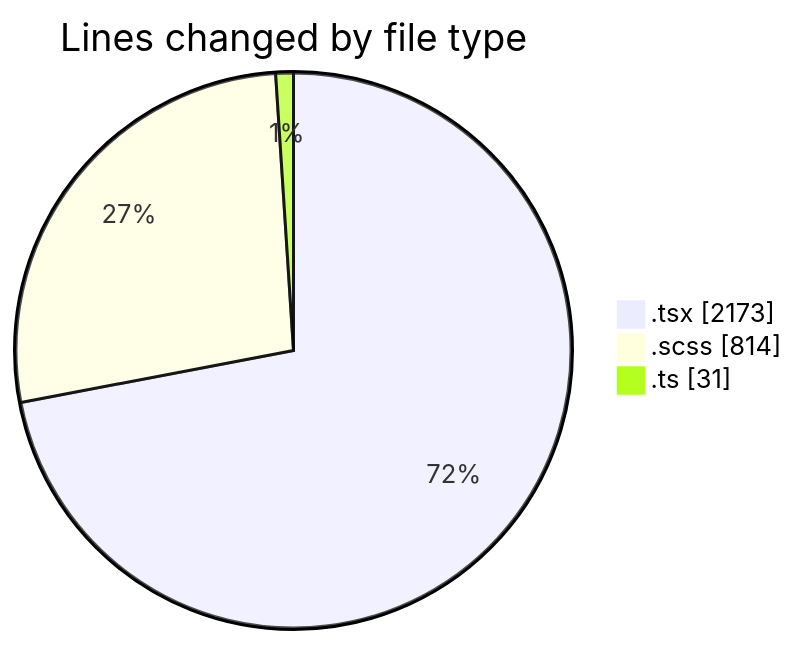
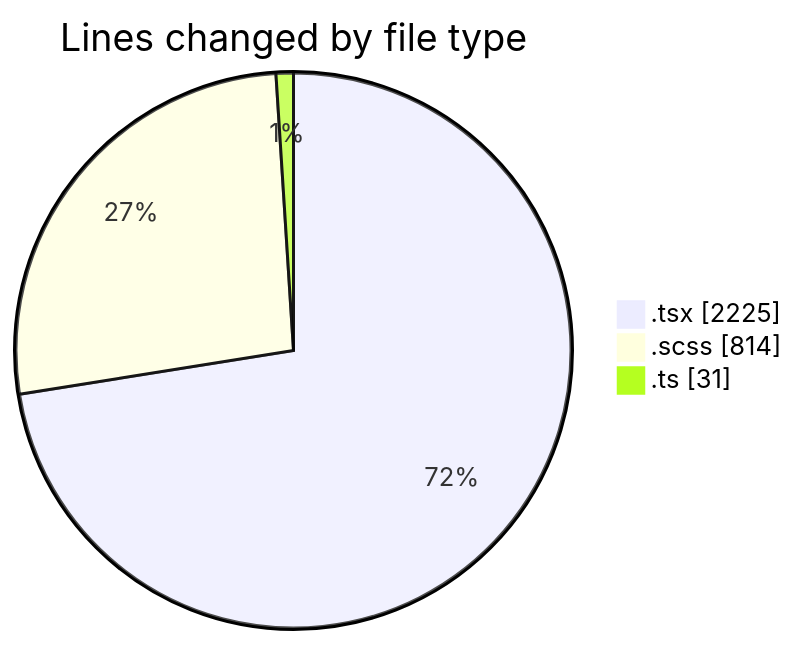
Before and after one commit to momahboobian/code-tracking: the first of 2 diagrams in 2025-04-07/cda/README.md, drawn with Mermaid. The commit also changed other lines of this file and 1 other file, not shown here.

````diff
--- a/2025-04-07/cda/README.md
+++ b/2025-04-07/cda/README.md
@@ -32,7 +32,7 @@
 ```mermaid
 pie showData
 title Lines changed by file type
-".tsx" : 2173
+".tsx" : 2225
 ".scss" : 814
 ".ts" : 31
 ```
````
